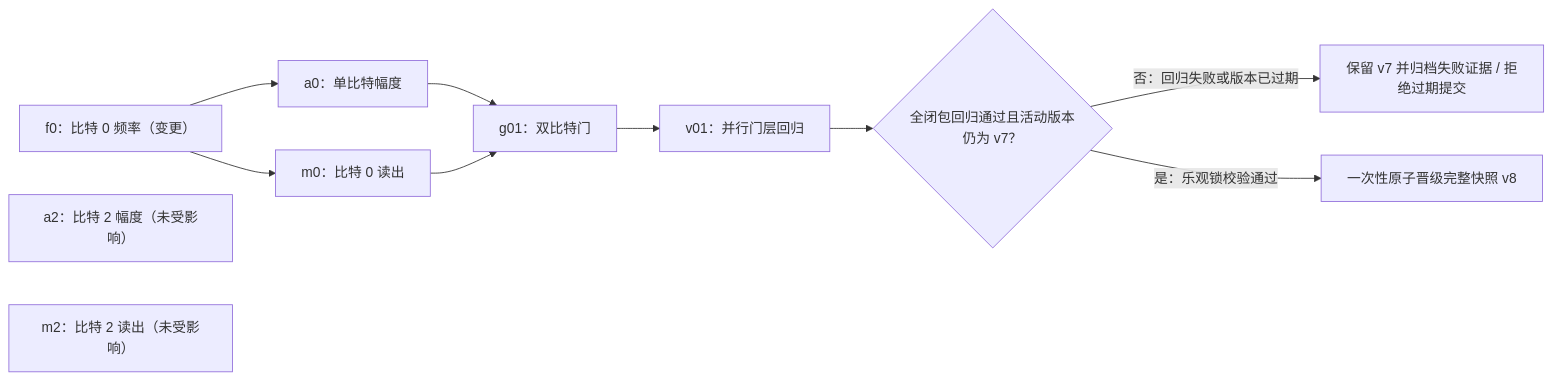
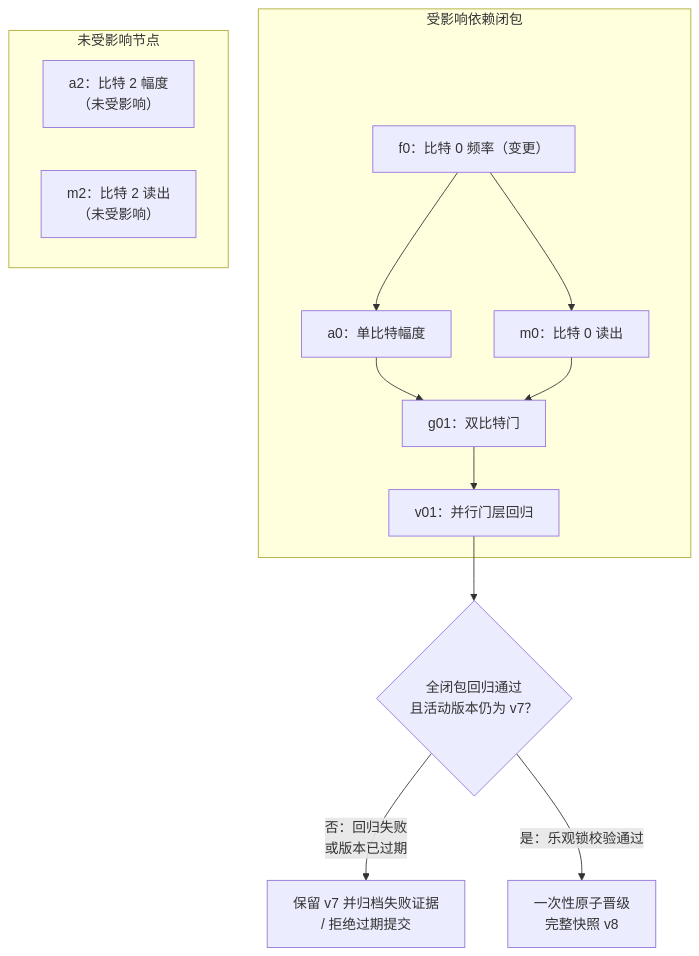
Before and after one commit to nanless/quantum-computing-handbook: the diagram in handbook/19-engineering-architecture.md, drawn with Mermaid. The commit also changed other lines of this file and 871 other files, not shown here.

````diff
--- a/handbook/19-engineering-architecture.md
+++ b/handbook/19-engineering-architecture.md
@@ -294,13 +336,17 @@
 ```mermaid
-flowchart LR
-    F0["f0：比特 0 频率（变更）"] --> A0["a0：单比特幅度"]
-    F0 --> M0["m0：比特 0 读出"]
-    A0 --> G01["g01：双比特门"]
-    M0 --> G01
-    G01 --> V01["v01：并行门层回归"]
-    A2["a2：比特 2 幅度（未受影响）"]
-    M2["m2：比特 2 读出（未受影响）"]
-    V01 --> GATE{"全闭包回归通过且活动版本仍为 v7？"}
-    GATE -->|"否：回归失败或版本已过期"| KEEP["保留 v7 并归档失败证据 / 拒绝过期提交"]
-    GATE -->|"是：乐观锁校验通过"| PROMOTE["一次性原子晋级完整快照 v8"]
+flowchart TB
+    subgraph DEP["受影响依赖闭包"]
+        F0["f0：比特 0 频率（变更）"] --> A0["a0：单比特幅度"]
+        F0 --> M0["m0：比特 0 读出"]
+        A0 --> G01["g01：双比特门"]
+        M0 --> G01
+        G01 --> V01["v01：并行门层回归"]
+    end
+    subgraph IND["未受影响节点"]
+        A2["a2：比特 2 幅度<br/>（未受影响）"]
+        M2["m2：比特 2 读出<br/>（未受影响）"]
+    end
+    V01 --> GATE{"全闭包回归通过<br/>且活动版本仍为 v7？"}
+    GATE -->|"否：回归失败<br/>或版本已过期"| KEEP["保留 v7 并归档失败证据<br/>/ 拒绝过期提交"]
+    GATE -->|"是：乐观锁校验通过"| PROMOTE["一次性原子晋级<br/>完整快照 v8"]
 ```
````
